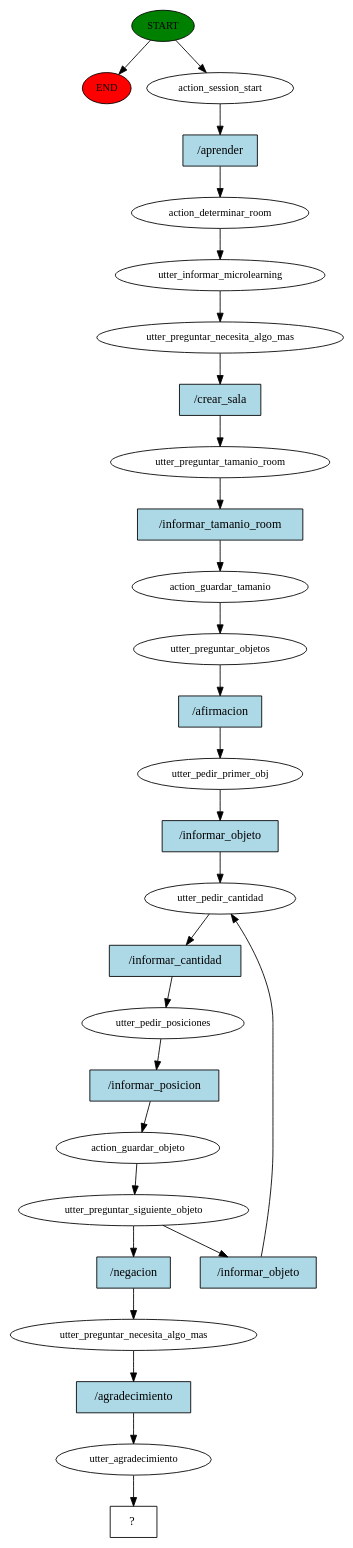
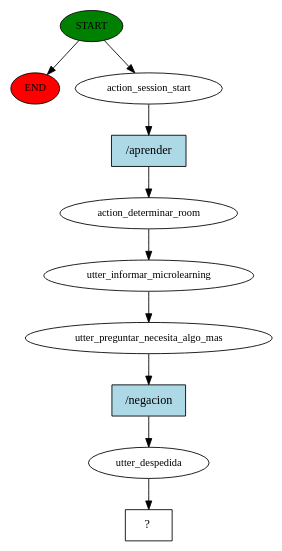
Before and after one commit to Nesunder/AgileRoomBot: the diagram in AgileRoom/story_graph.dot, drawn with Graphviz. The commit also changed 199 other files, not shown here.

```diff
--- a/AgileRoom/story_graph.dot
+++ b/AgileRoom/story_graph.dot
@@ -1,56 +1,21 @@
 digraph  {
 0 [class="start active", fillcolor=green, fontsize=12, label=START, style=filled];
 "-1" [class=end, fillcolor=red, fontsize=12, label=END, style=filled];
 1 [class=active, fontsize=12, label=action_session_start];
 2 [class=active, fontsize=12, label=action_determinar_room];
 3 [class=active, fontsize=12, label=utter_informar_microlearning];
 4 [class=active, fontsize=12, label=utter_preguntar_necesita_algo_mas];
-5 [class=active, fontsize=12, label=utter_preguntar_tamanio_room];
-6 [class=active, fontsize=12, label=action_guardar_tamanio];
-7 [class=active, fontsize=12, label=utter_preguntar_objetos];
-8 [class=active, fontsize=12, label=utter_pedir_primer_obj];
-9 [class=active, fontsize=12, label=utter_pedir_cantidad];
-10 [class=active, fontsize=12, label=utter_pedir_posiciones];
-11 [class=active, fontsize=12, label=action_guardar_objeto];
-12 [class=active, fontsize=12, label=utter_preguntar_siguiente_objeto];
-17 [class=active, fontsize=12, label=utter_preguntar_necesita_algo_mas];
-18 [class=active, fontsize=12, label=utter_agradecimiento];
-19 [class="intent dashed active", label="  ?  ", shape=rect];
-20 [class="intent active", fillcolor=lightblue, label="/aprender", shape=rect, style=filled];
-21 [class="intent active", fillcolor=lightblue, label="/crear_sala", shape=rect, style=filled];
-22 [class="intent active", fillcolor=lightblue, label="/informar_tamanio_room", shape=rect, style=filled];
-23 [class="intent active", fillcolor=lightblue, label="/afirmacion", shape=rect, style=filled];
-24 [class="intent active", fillcolor=lightblue, label="/informar_objeto", shape=rect, style=filled];
-25 [class="intent active", fillcolor=lightblue, label="/informar_cantidad", shape=rect, style=filled];
-26 [class="intent active", fillcolor=lightblue, label="/informar_posicion", shape=rect, style=filled];
-27 [class="intent active", fillcolor=lightblue, label="/informar_objeto", shape=rect, style=filled];
-28 [class="intent active", fillcolor=lightblue, label="/negacion", shape=rect, style=filled];
-29 [class="intent active", fillcolor=lightblue, label="/agradecimiento", shape=rect, style=filled];
+5 [class=active, fontsize=12, label=utter_despedida];
+6 [class="intent dashed active", label="  ?  ", shape=rect];
+7 [class="intent active", fillcolor=lightblue, label="/aprender", shape=rect, style=filled];
+8 [class="intent active", fillcolor=lightblue, label="/negacion", shape=rect, style=filled];
 0 -> "-1"  [class="", key=NONE, label=""];
 0 -> 1  [class=active, key=NONE, label=""];
-1 -> 20  [class=active, key=0];
+1 -> 7  [class=active, key=0];
 2 -> 3  [class=active, key=NONE, label=""];
 3 -> 4  [class=active, key=NONE, label=""];
-4 -> 21  [class=active, key=0];
-5 -> 22  [class=active, key=0];
-6 -> 7  [class=active, key=NONE, label=""];
-7 -> 23  [class=active, key=0];
-8 -> 24  [class=active, key=0];
-9 -> 25  [class=active, key=0];
-10 -> 26  [class=active, key=0];
-11 -> 12  [class=active, key=NONE, label=""];
-12 -> 27  [class=active, key=0];
-12 -> 28  [class=active, key=0];
-17 -> 29  [class=active, key=0];
-18 -> 19  [class=active, key=NONE, label=""];
-20 -> 2  [class=active, key=0];
-21 -> 5  [class=active, key=0];
-22 -> 6  [class=active, key=0];
-23 -> 8  [class=active, key=0];
-24 -> 9  [class=active, key=0];
-25 -> 10  [class=active, key=0];
-26 -> 11  [class=active, key=0];
-27 -> 9  [class=active, key=0];
-28 -> 17  [class=active, key=0];
-29 -> 18  [class=active, key=0];
+4 -> 8  [class=active, key=0];
+5 -> 6  [class=active, key=NONE, label=""];
+7 -> 2  [class=active, key=0];
+8 -> 5  [class=active, key=0];
 }
```
